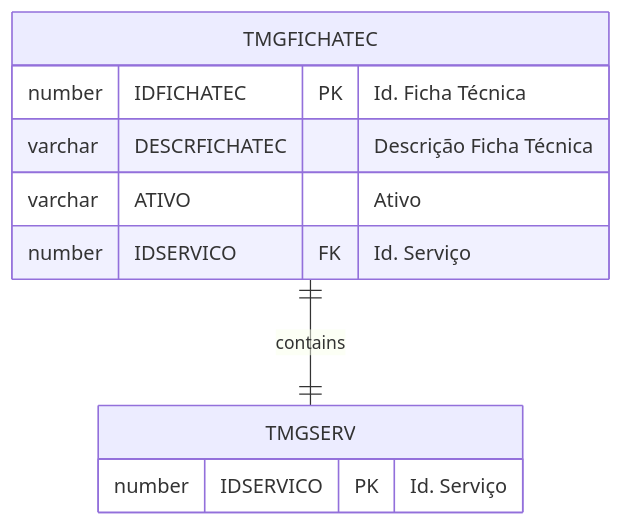
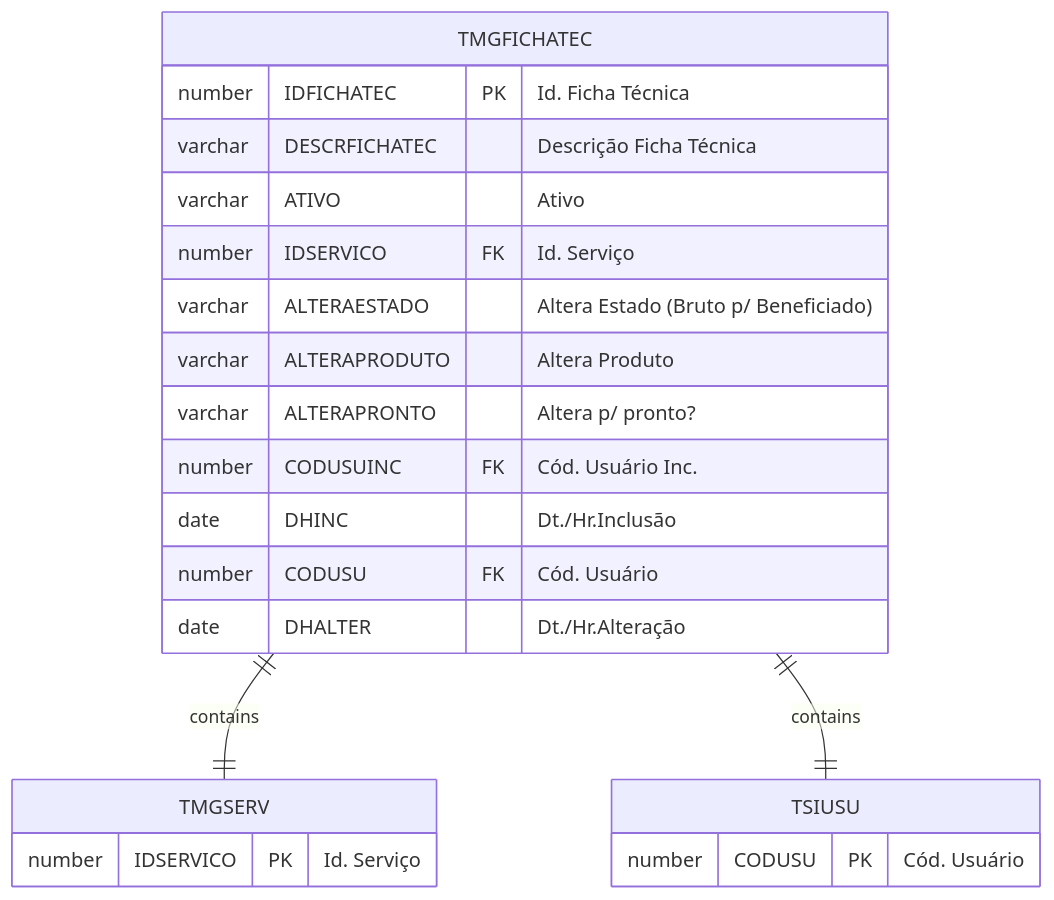
The diagram in docs/_database/TMGFICHATEC.md (cbmsoft/margrandocs), drawn with Mermaid before and after one commit. The commit also changed other lines of this file and 4 other files, not shown here.

````diff
--- a/docs/_database/TMGFICHATEC.md
+++ b/docs/_database/TMGFICHATEC.md
@@ -40,14 +41,25 @@
 ```mermaid
 erDiagram
     TMGFICHATEC ||--|| TMGSERV : contains
+    TMGFICHATEC ||--|| TSIUSU : contains
 
 	TMGFICHATEC {
 		number IDFICHATEC PK "Id. Ficha Técnica"
         varchar DESCRFICHATEC "Descrição Ficha Técnica"
         varchar ATIVO "Ativo"
         number IDSERVICO FK "Id. Serviço"
+        varchar ALTERAESTADO "Altera Estado (Bruto p/ Beneficiado)"
+        varchar ALTERAPRODUTO "Altera Produto"
+        varchar ALTERAPRONTO "Altera p/ pronto?"
+        number CODUSUINC FK "Cód. Usuário Inc."
+        date DHINC "Dt./Hr.Inclusão"
+        number CODUSU FK "Cód. Usuário"
+        date DHALTER "Dt./Hr.Alteração"
 	}
 	TMGSERV {
 		number IDSERVICO PK "Id. Serviço"
 	}
+    TSIUSU {
+        number CODUSU PK "Cód. Usuário"
+    }
 ```
````
